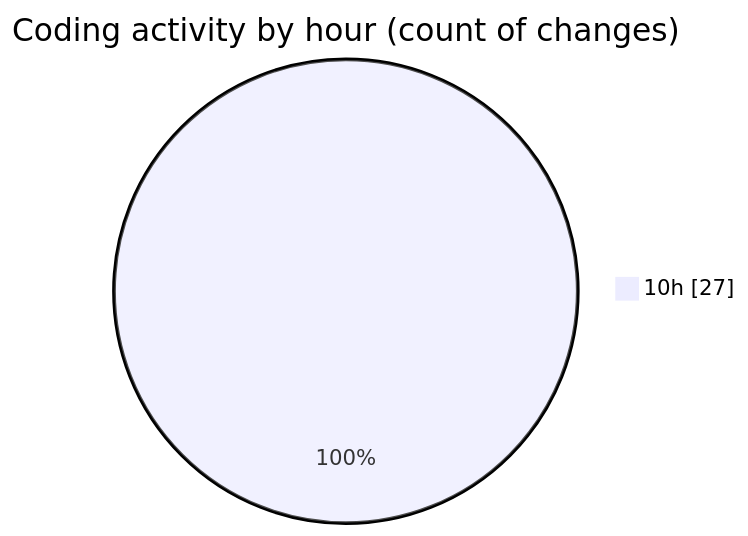
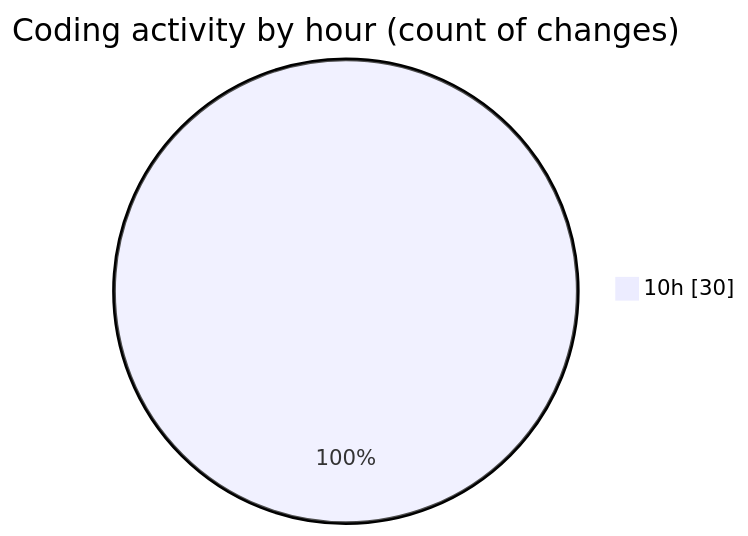
The second of 2 diagrams in 2026-03-06/nxtqube_webapp/README.md (nxtqubesakshisongat/code-tracking), drawn with Mermaid before and after one commit. The commit also changed other lines of this file and 1 other file, not shown here.

````diff
--- a/2026-03-06/nxtqube_webapp/README.md
+++ b/2026-03-06/nxtqube_webapp/README.md
@@ -33,5 +34,5 @@
 ```mermaid
 pie showData
 title Coding activity by hour (count of changes)
-"10h" : 27
+"10h" : 30
 ```
````
